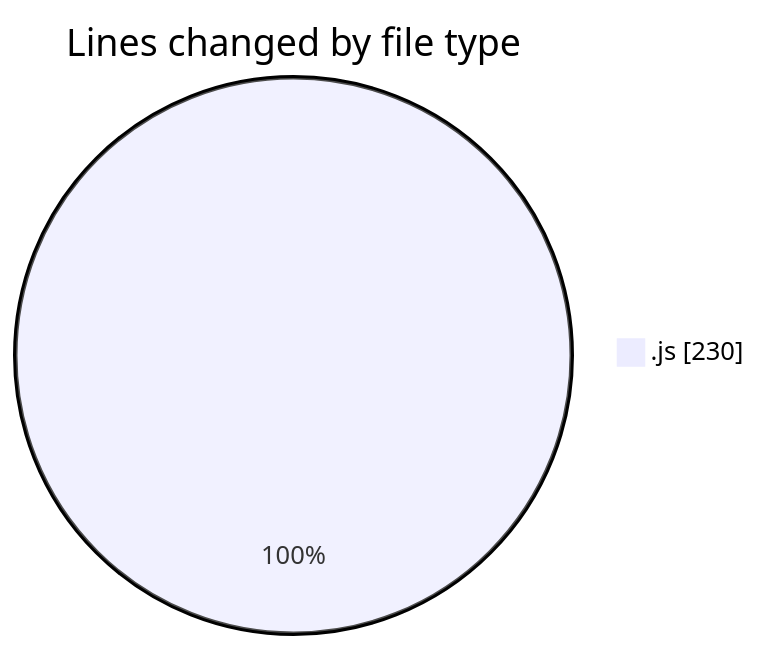
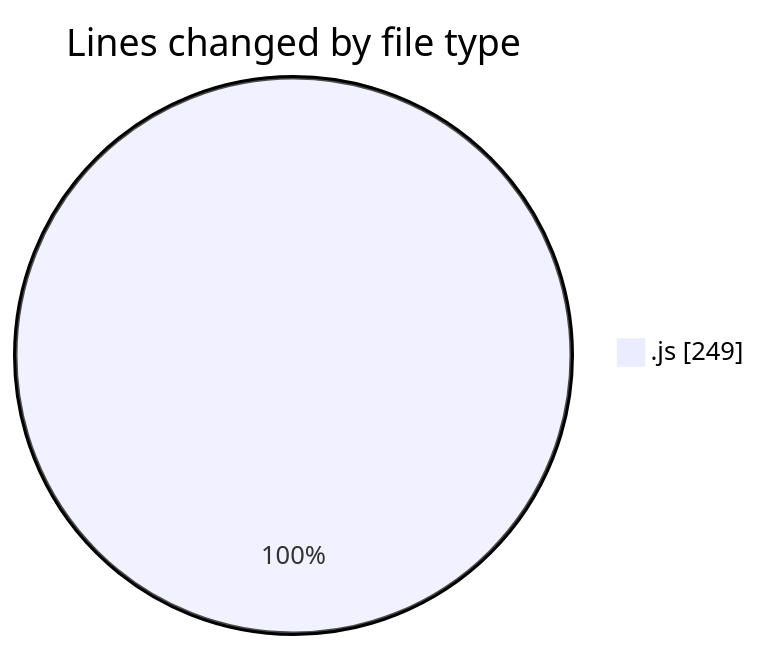
Before and after one commit to Ritupan-Deka/code-tracking: the first of 2 diagrams in 2025-07-17/mern-workoutboard/README.md, drawn with Mermaid. The commit also changed other lines of this file and 1 other file, not shown here.

````diff
--- a/2025-07-17/mern-workoutboard/README.md
+++ b/2025-07-17/mern-workoutboard/README.md
@@ -21,5 +21,5 @@
 ```mermaid
 pie showData
 title Lines changed by file type
-".js" : 230
+".js" : 249
 ```
````
